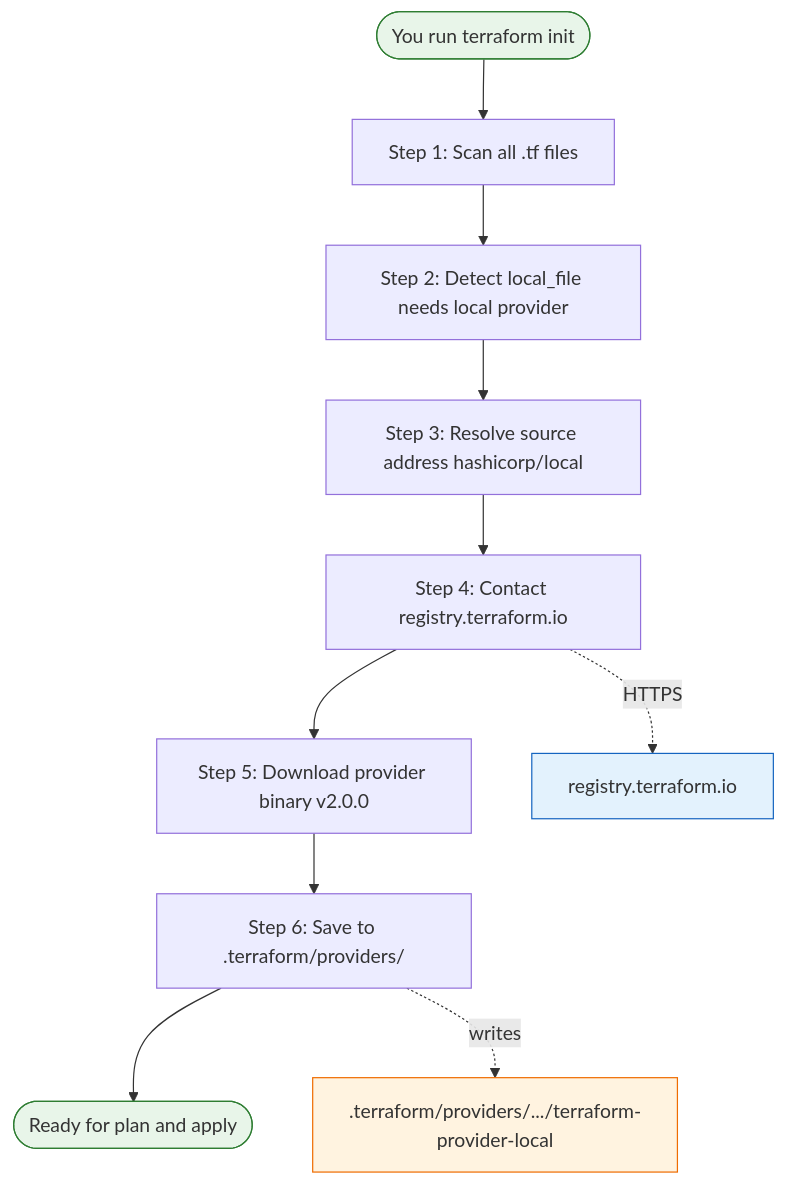
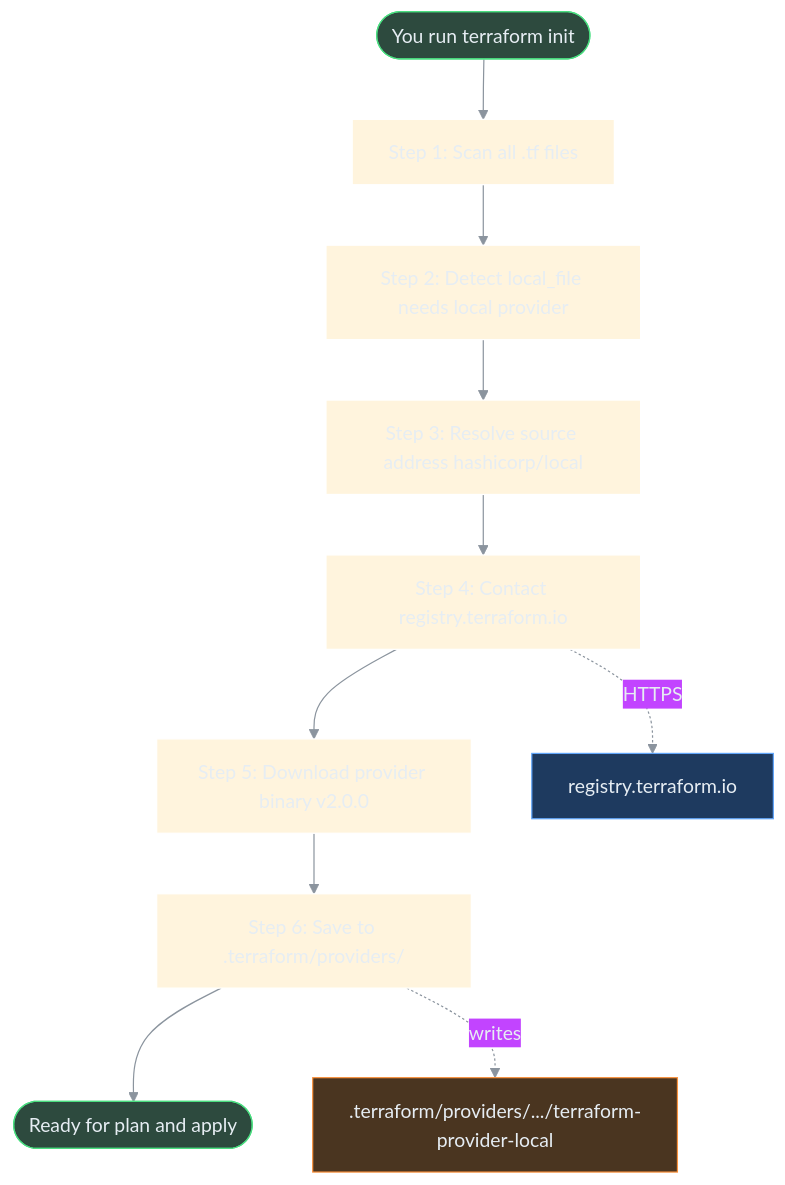
Before and after one commit to nirajp82/Terraform_Basics: the third of 9 diagrams in 04_Core_Terraform_Basics/01_Terraform_Provider.md, drawn with Mermaid. The commit also changed other lines of this file and 1 other file, not shown here.

Commit message:
Update Diagram

````diff
--- a/04_Core_Terraform_Basics/01_Terraform_Provider.md
+++ b/04_Core_Terraform_Basics/01_Terraform_Provider.md
@@ -69,18 +74,21 @@
 ```mermaid
+%%{init: {'theme': 'base', 'themeVariables': {'darkMode': true, 'background': 'transparent', 'primaryTextColor': '#e6edf3', 'lineColor': '#8b949e'}}}%%
 flowchart TD
     START(["You run terraform init"]) --> S1["Step 1: Scan all .tf files"]
     S1 --> S2["Step 2: Detect local_file needs local provider"]
     S2 --> S3["Step 3: Resolve source address hashicorp/local"]
     S3 --> S4["Step 4: Contact registry.terraform.io"]
     S4 --> S5["Step 5: Download provider binary v2.0.0"]
     S5 --> S6["Step 6: Save to .terraform/providers/"]
     S6 --> DONE(["Ready for plan and apply"])
 
     S4 -.->|HTTPS| REG["registry.terraform.io"]
     S6 -.->|writes| DISK[".terraform/providers/.../terraform-provider-local"]
 
-    style START fill:#e8f5e9,stroke:#2e7d32
-    style DONE fill:#e8f5e9,stroke:#2e7d32
-    style REG fill:#e3f2fd,stroke:#1565c0
-    style DISK fill:#fff3e0,stroke:#ef6c00
+    classDef success fill:#2d4a3e,stroke:#4ade80,color:#e6edf3
+    classDef info fill:#1e3a5f,stroke:#60a5fa,color:#e6edf3
+    classDef warn fill:#4a3520,stroke:#fb923c,color:#e6edf3
+    class START,DONE success
+    class REG info
+    class DISK warn
 ```
````
